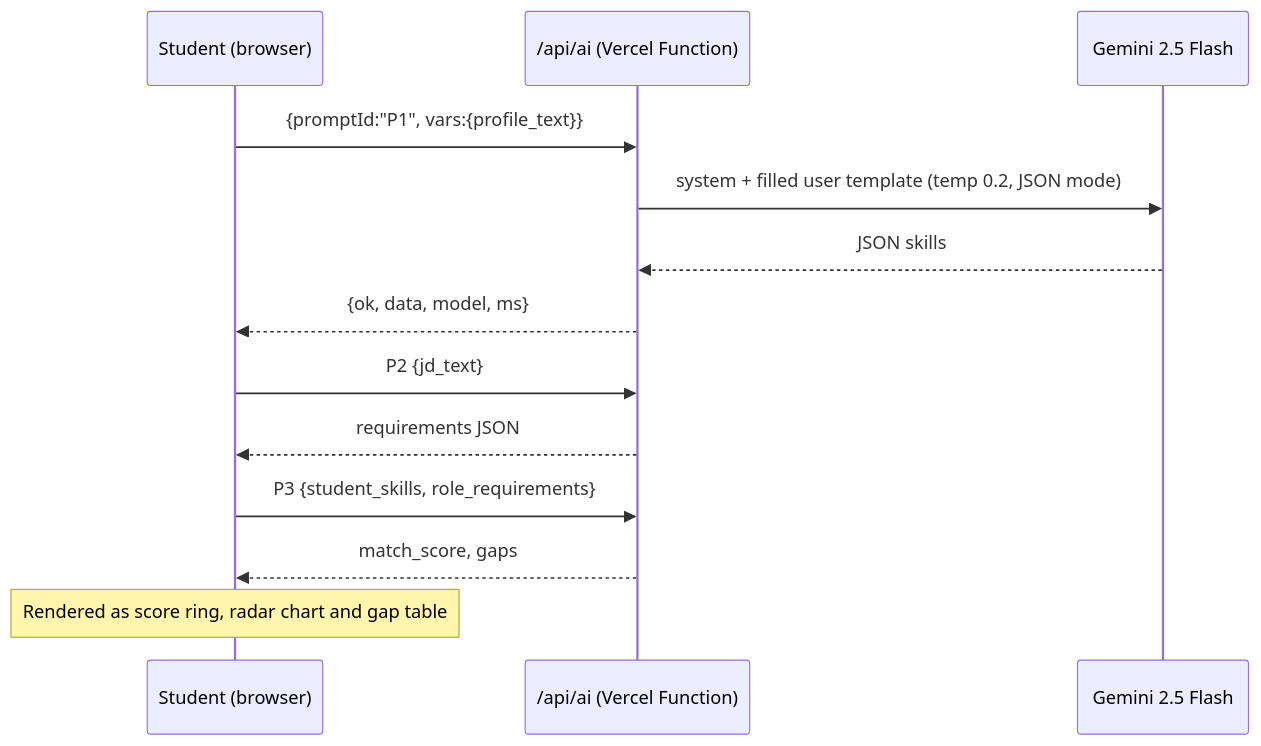
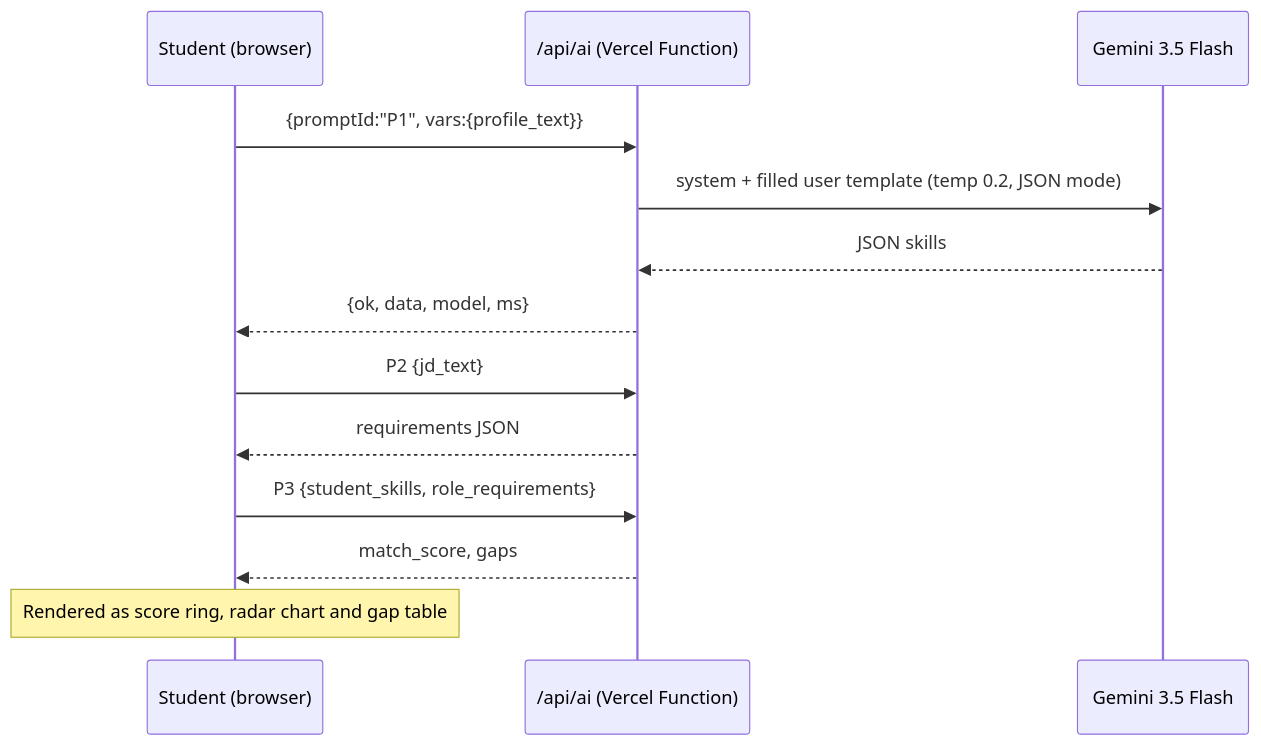
One commit to 333shubh/bridgr changed the third of 4 diagrams in docs/diagrams.md. Above: the diagram before and after it, drawn with Mermaid. The commit also changed other lines of this file and 46 other files, not shown here.

````diff
--- a/docs/diagrams.md
+++ b/docs/diagrams.md
@@ -48,15 +48,15 @@
 ```mermaid
 sequenceDiagram
   participant S as Student (browser)
   participant API as /api/ai (Vercel Function)
-  participant LLM as Gemini 2.5 Flash
+  participant LLM as Gemini 3.5 Flash
   S->>API: {promptId:"P1", vars:{profile_text}}
   API->>LLM: system + filled user template (temp 0.2, JSON mode)
   LLM-->>API: JSON skills
   API-->>S: {ok, data, model, ms}
   S->>API: P2 {jd_text}
   API-->>S: requirements JSON
   S->>API: P3 {student_skills, role_requirements}
   API-->>S: match_score, gaps
   Note over S: Rendered as score ring, radar chart and gap table
 ```
````
